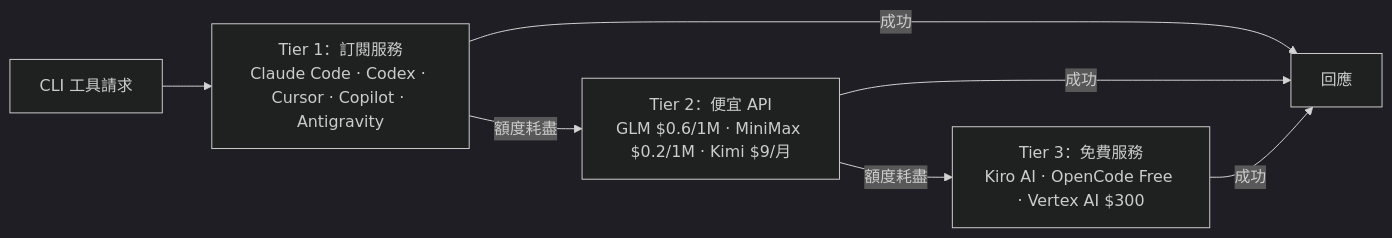
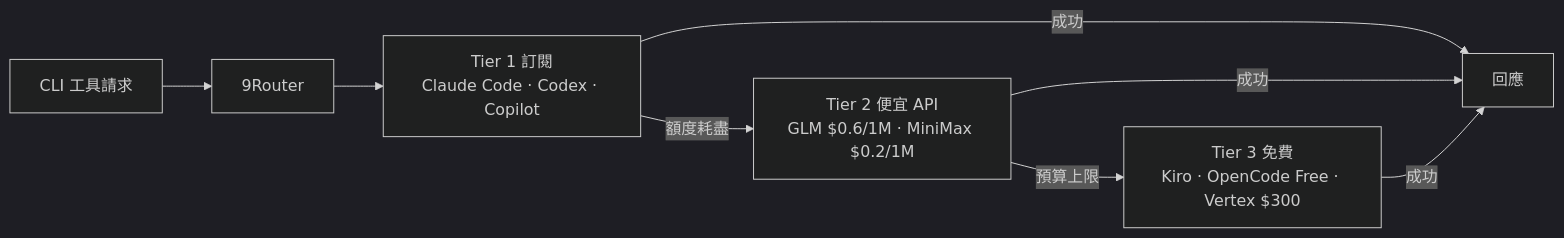
The diagram in src/content/posts/tech/2026-05-11-9router-ai-provider-router.md (a920604a/engineernews), drawn with Mermaid (dark theme) before and after one commit. The commit also changed other lines of this file and 8 other files, not shown here.

````diff
--- a/src/content/posts/tech/2026-05-11-9router-ai-provider-router.md
+++ b/src/content/posts/tech/2026-05-11-9router-ai-provider-router.md
@@ -29,9 +48,10 @@
 ```mermaid
 flowchart LR
-  A[CLI 工具請求] --> B["Tier 1：訂閱服務\nClaude Code · Codex · Cursor · Copilot · Antigravity"]
-  B -- 額度耗盡 --> C["Tier 2：便宜 API\nGLM $0.6/1M · MiniMax $0.2/1M · Kimi $9/月"]
-  C -- 額度耗盡 --> D["Tier 3：免費服務\nKiro AI · OpenCode Free · Vertex AI $300"]
+  A[CLI 工具請求] --> R[9Router]
+  R --> B["Tier 1 訂閱<br/>Claude Code · Codex · Copilot"]
+  B -- 額度耗盡 --> C["Tier 2 便宜 API<br/>GLM $0.6/1M · MiniMax $0.2/1M"]
+  C -- 預算上限 --> D["Tier 3 免費<br/>Kiro · OpenCode Free · Vertex $300"]
   B -- 成功 --> E[回應]
   C -- 成功 --> E
   D -- 成功 --> E
 ```
````
